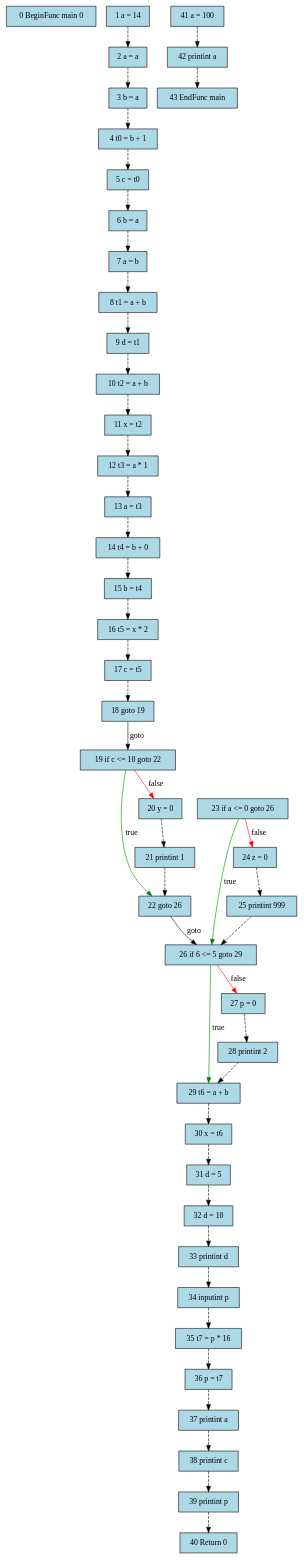
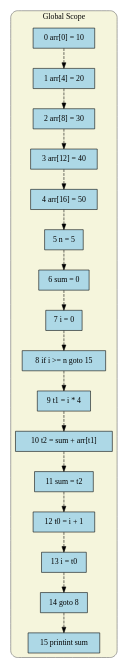
Before and after one commit to satish-pati/3_Compilers_LabProject: the diagram in Compiler/tac_flow.dot, drawn with Graphviz. The commit also changed 129 other files, not shown here.

```diff
--- a/Compiler/tac_flow.dot
+++ b/Compiler/tac_flow.dot
@@ -1,91 +1,40 @@
 digraph TAC {
   node [shape=box, style=filled, fillcolor=lightblue];
-  n0 [label="0 BeginFunc main 0"];
-  n1 [label="1 a = 14"];
-  n1 -> n2 [style=dashed];
-  n2 [label="2 a = a"];
-  n2 -> n3 [style=dashed];
-  n3 [label="3 b = a"];
-  n3 -> n4 [style=dashed];
-  n4 [label="4 t0 = b + 1"];
-  n4 -> n5 [style=dashed];
-  n5 [label="5 c = t0"];
-  n5 -> n6 [style=dashed];
-  n6 [label="6 b = a"];
-  n6 -> n7 [style=dashed];
-  n7 [label="7 a = b"];
-  n7 -> n8 [style=dashed];
-  n8 [label="8 t1 = a + b"];
-  n8 -> n9 [style=dashed];
-  n9 [label="9 d = t1"];
-  n9 -> n10 [style=dashed];
-  n10 [label="10 t2 = a + b"];
-  n10 -> n11 [style=dashed];
-  n11 [label="11 x = t2"];
-  n11 -> n12 [style=dashed];
-  n12 [label="12 t3 = a * 1"];
-  n12 -> n13 [style=dashed];
-  n13 [label="13 a = t3"];
-  n13 -> n14 [style=dashed];
-  n14 [label="14 t4 = b + 0"];
-  n14 -> n15 [style=dashed];
-  n15 [label="15 b = t4"];
-  n15 -> n16 [style=dashed];
-  n16 [label="16 t5 = x * 2"];
-  n16 -> n17 [style=dashed];
-  n17 [label="17 c = t5"];
-  n17 -> n18 [style=dashed];
-  n18 [label="18 goto 19"];
-  n18 -> n19 [label="goto"];
-  n19 [label="19 if c <= 10 goto 22"];
-  n19 -> n22 [label="true", color=green];
-  n19 -> n20 [label="false", color=red];
-  n20 [label="20 y = 0"];
-  n20 -> n21 [style=dashed];
-  n21 [label="21 printint 1"];
-  n21 -> n22 [style=dashed];
-  n22 [label="22 goto 26"];
-  n22 -> n26 [label="goto"];
-  n23 [label="23 if a <= 0 goto 26"];
-  n23 -> n26 [label="true", color=green];
-  n23 -> n24 [label="false", color=red];
-  n24 [label="24 z = 0"];
-  n24 -> n25 [style=dashed];
-  n25 [label="25 printint 999"];
-  n25 -> n26 [style=dashed];
-  n26 [label="26 if 6 <= 5 goto 29"];
-  n26 -> n29 [label="true", color=green];
-  n26 -> n27 [label="false", color=red];
-  n27 [label="27 p = 0"];
-  n27 -> n28 [style=dashed];
-  n28 [label="28 printint 2"];
-  n28 -> n29 [style=dashed];
-  n29 [label="29 t6 = a + b"];
-  n29 -> n30 [style=dashed];
-  n30 [label="30 x = t6"];
-  n30 -> n31 [style=dashed];
-  n31 [label="31 d = 5"];
-  n31 -> n32 [style=dashed];
-  n32 [label="32 d = 10"];
-  n32 -> n33 [style=dashed];
-  n33 [label="33 printint d"];
-  n33 -> n34 [style=dashed];
-  n34 [label="34 inputint p"];
-  n34 -> n35 [style=dashed];
-  n35 [label="35 t7 = p * 16"];
-  n35 -> n36 [style=dashed];
-  n36 [label="36 p = t7"];
-  n36 -> n37 [style=dashed];
-  n37 [label="37 printint a"];
-  n37 -> n38 [style=dashed];
-  n38 [label="38 printint c"];
-  n38 -> n39 [style=dashed];
-  n39 [label="39 printint p"];
-  n39 -> n40 [style=dashed];
-  n40 [label="40 Return 0"];
-  n41 [label="41 a = 100"];
-  n41 -> n42 [style=dashed];
-  n42 [label="42 printint a"];
-  n42 -> n43 [style=dashed];
-  n43 [label="43 EndFunc main"];
+  compound=true;
+
+  subgraph cluster_global {
+    label="Global Scope";
+    style=rounded; color=gray40; bgcolor="#f5f5dc";
+    n0 [label="0 arr[0] = 10"];
+    n0 -> n1 [style=dashed];
+    n1 [label="1 arr[4] = 20"];
+    n1 -> n2 [style=dashed];
+    n2 [label="2 arr[8] = 30"];
+    n2 -> n3 [style=dashed];
+    n3 [label="3 arr[12] = 40"];
+    n3 -> n4 [style=dashed];
+    n4 [label="4 arr[16] = 50"];
+    n4 -> n5 [style=dashed];
+    n5 [label="5 n = 5"];
+    n5 -> n6 [style=dashed];
+    n6 [label="6 sum = 0"];
+    n6 -> n7 [style=dashed];
+    n7 [label="7 i = 0"];
+    n7 -> n8 [style=dashed];
+    n8 [label="8 if i >= n goto 15"];
+    n8 -> n9 [style=dashed];
+    n9 [label="9 t1 = i * 4"];
+    n9 -> n10 [style=dashed];
+    n10 [label="10 t2 = sum + arr[t1]"];
+    n10 -> n11 [style=dashed];
+    n11 [label="11 sum = t2"];
+    n11 -> n12 [style=dashed];
+    n12 [label="12 t0 = i + 1"];
+    n12 -> n13 [style=dashed];
+    n13 [label="13 i = t0"];
+    n13 -> n14 [style=dashed];
+    n14 [label="14 goto 8"];
+    n14 -> n15 [style=dashed];
+    n15 [label="15 printint sum"];
+  }
 }
```
